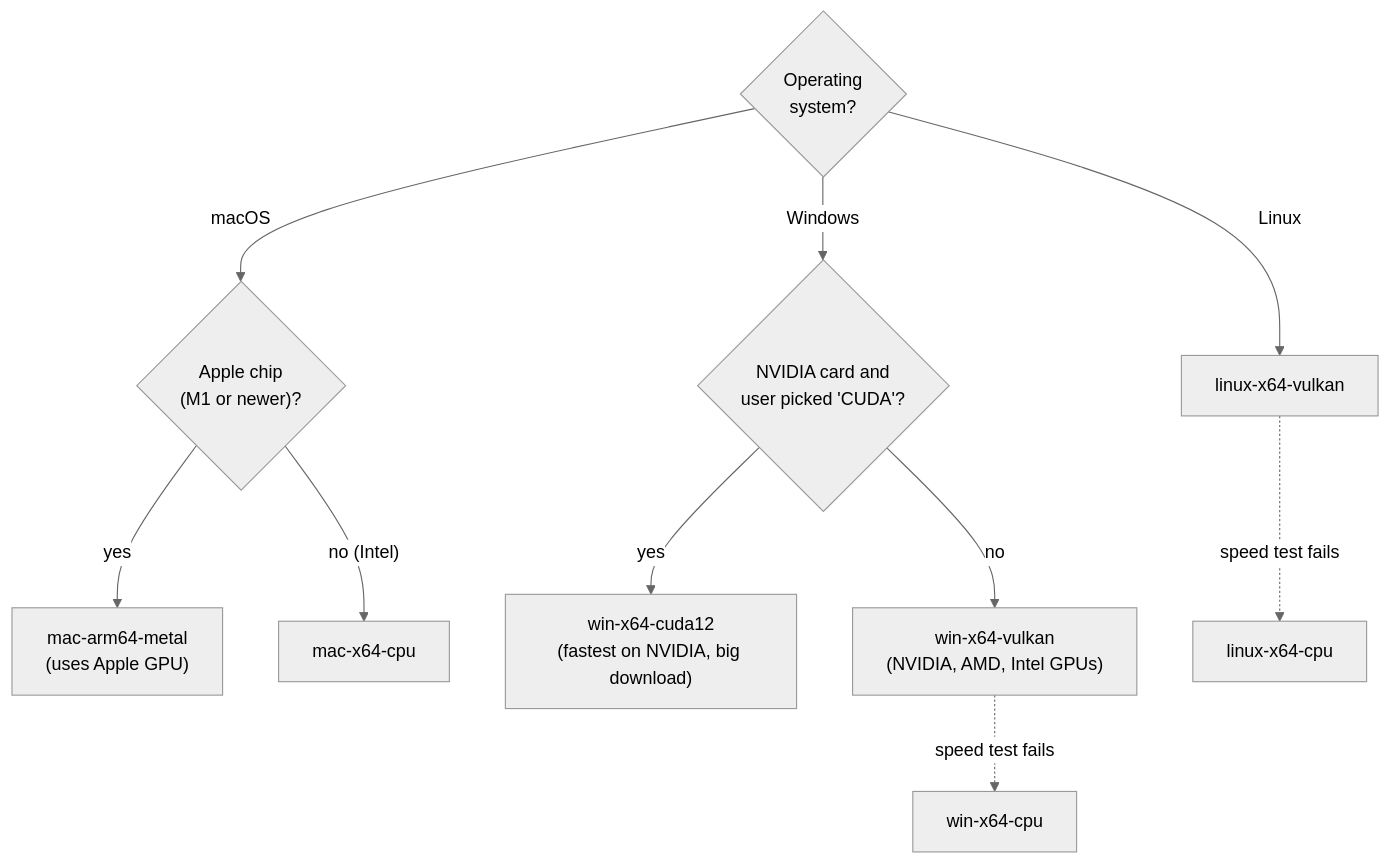
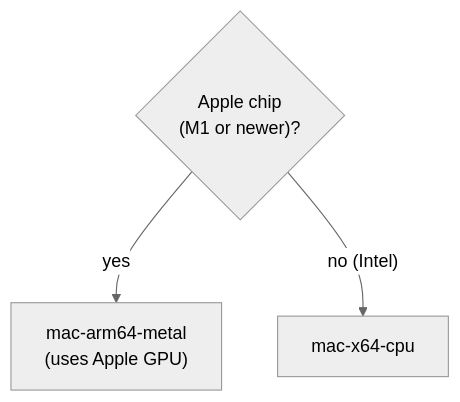
One commit to PrathameshBelvalkar/web-asmrone changed the seventh of 21 diagrams in PLAN.md. Above: the diagram before and after it, drawn with Mermaid (neutral theme). The commit also changed other lines of this file and 29 other files, not shown here.

````diff
--- a/PLAN.md
+++ b/PLAN.md
@@ -360,13 +360,6 @@
 ```mermaid
 flowchart TB
-    Q1{"Operating<br/>system?"}
-    Q1 -->|macOS| Q2{"Apple chip<br/>(M1 or newer)?"}
+    Q2{"Apple chip<br/>(M1 or newer)?"}
     Q2 -->|yes| MAC1["mac-arm64-metal<br/>(uses Apple GPU)"]
     Q2 -->|"no (Intel)"| MAC2["mac-x64-cpu"]
-    Q1 -->|Windows| Q3{"NVIDIA card and<br/>user picked 'CUDA'?"}
-    Q3 -->|yes| WIN1["win-x64-cuda12<br/>(fastest on NVIDIA, big download)"]
-    Q3 -->|no| WIN2["win-x64-vulkan<br/>(NVIDIA, AMD, Intel GPUs)"]
-    WIN2 -.->|"speed test fails"| WIN3["win-x64-cpu"]
-    Q1 -->|Linux| LIN1["linux-x64-vulkan"]
-    LIN1 -.->|"speed test fails"| LIN2["linux-x64-cpu"]
 ```
````
